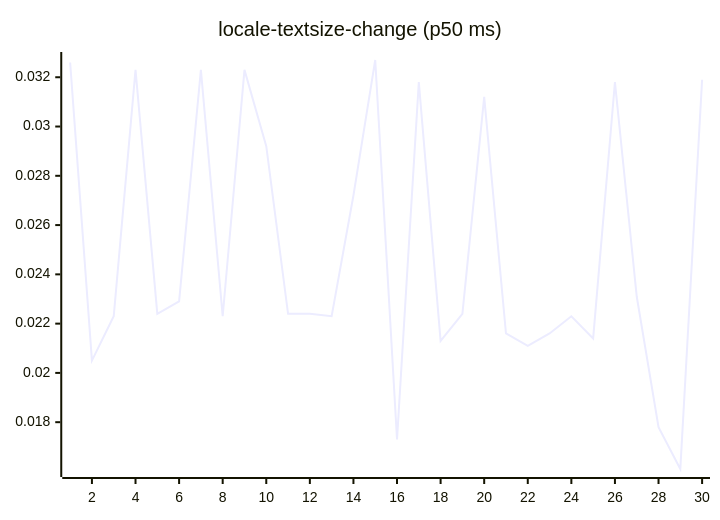
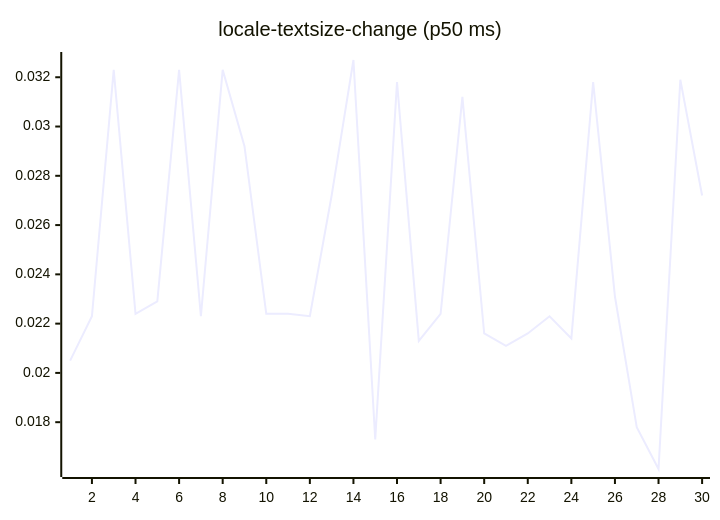
Diagram 13 of 27 in README.md (josha/Facet), drawn with Mermaid before and after one commit. The commit also changed other lines of this file and 2 other files, not shown here.

````diff
--- a/README.md
+++ b/README.md
@@ -147,6 +147,6 @@
 ```mermaid
 xychart-beta
     title "locale-textsize-change (p50 ms)"
     x-axis 1 --> 30
-    line [0.0326, 0.0205, 0.0223, 0.0323, 0.0224, 0.0229, 0.0323, 0.0223, 0.0323, 0.0292, 0.0224, 0.0224, 0.0223, 0.0272, 0.0327, 0.0173, 0.0318, 0.0213, 0.0224, 0.0312, 0.0216, 0.0211, 0.0216, 0.0223, 0.0214, 0.0318, 0.0231, 0.0178, 0.0161, 0.0319]
+    line [0.0205, 0.0223, 0.0323, 0.0224, 0.0229, 0.0323, 0.0223, 0.0323, 0.0292, 0.0224, 0.0224, 0.0223, 0.0272, 0.0327, 0.0173, 0.0318, 0.0213, 0.0224, 0.0312, 0.0216, 0.0211, 0.0216, 0.0223, 0.0214, 0.0318, 0.0231, 0.0178, 0.0161, 0.0319, 0.0272]
 ```
````
